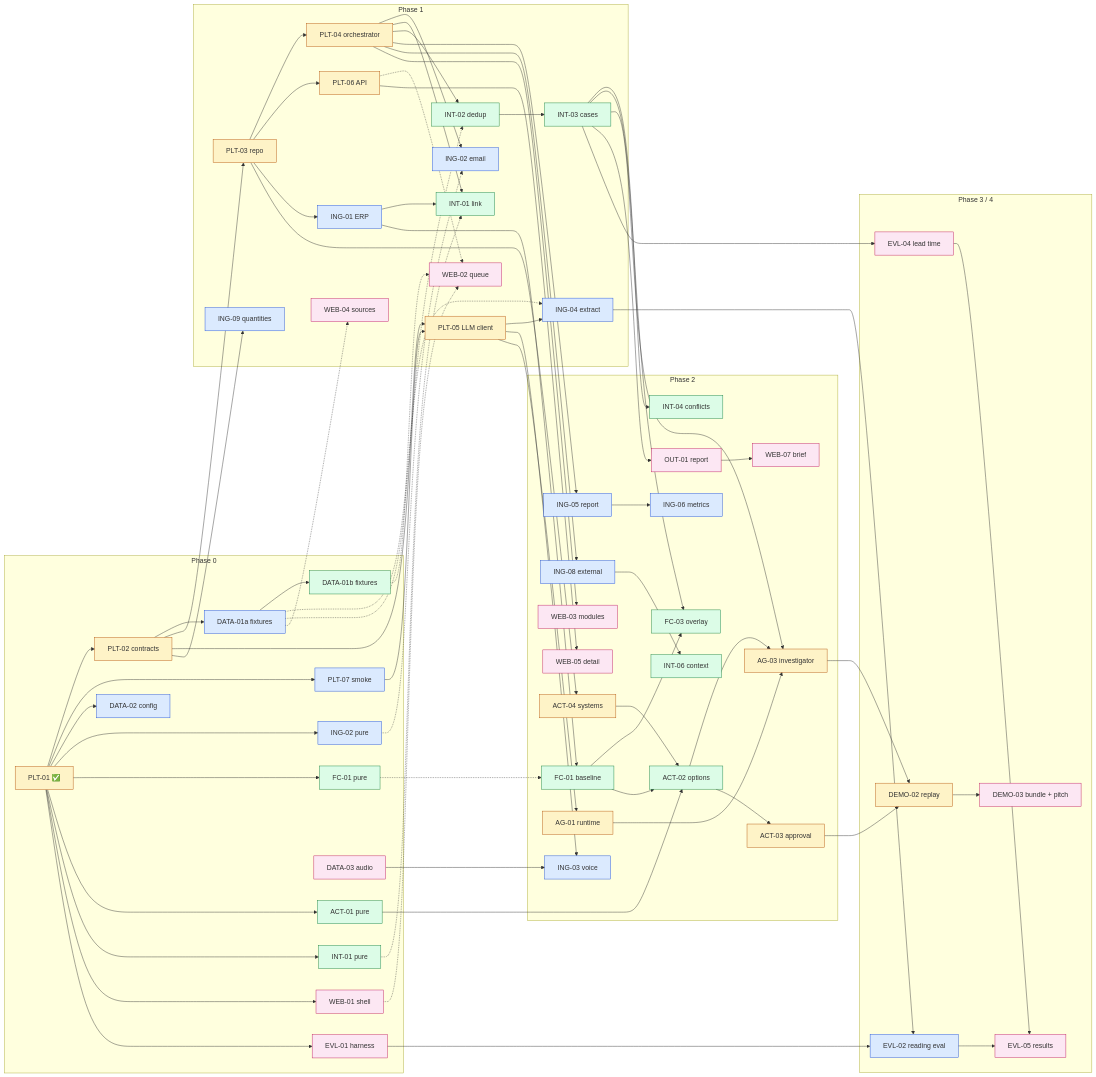
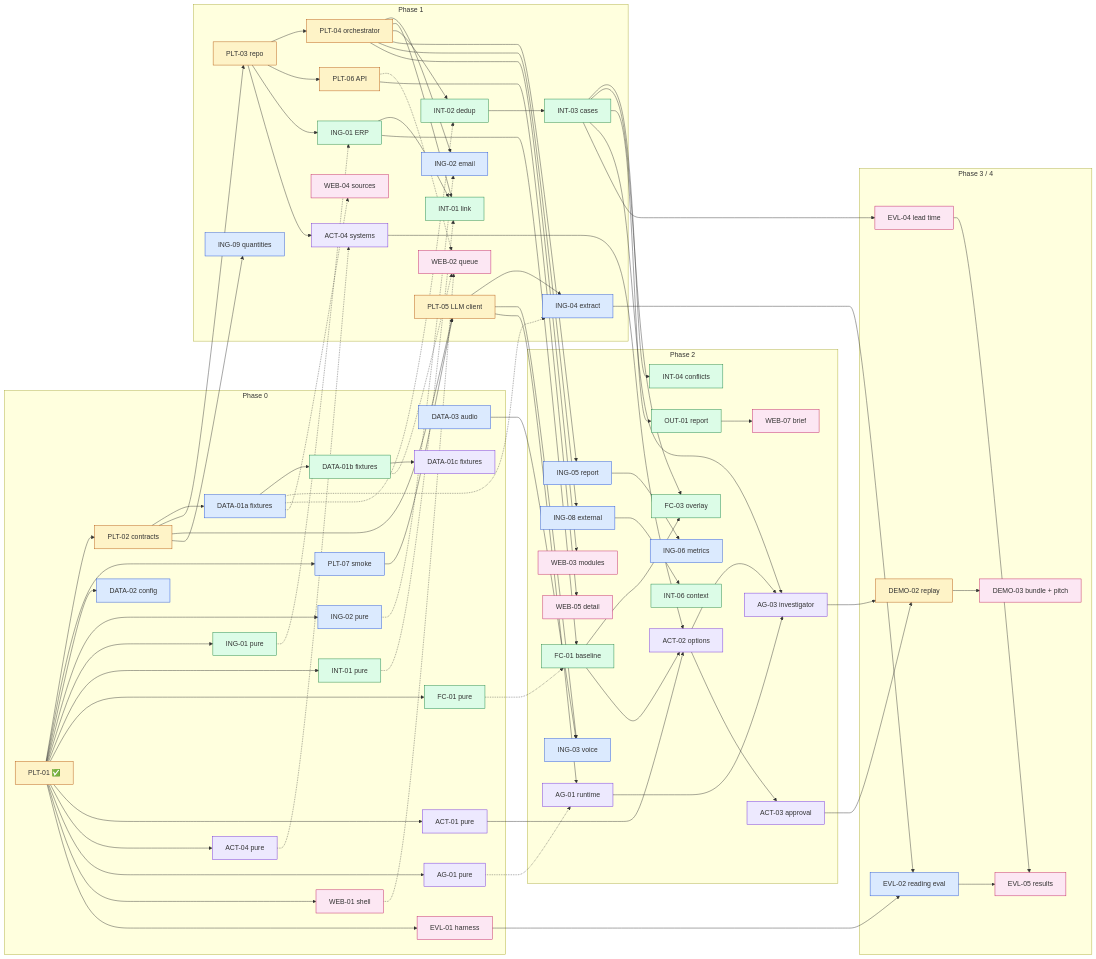
Before and after one commit to viganogabriele/fastweb-ai-hack: the diagram in docs/PLAN.md, drawn with Mermaid. The commit also changed other lines of this file and 2 other files, not shown here.

```diff
--- a/docs/PLAN.md
+++ b/docs/PLAN.md
@@ -170,19 +191,23 @@
   classDef B fill:#dcfce7,stroke:#15803d
   classDef C fill:#fef3c7,stroke:#b45309
   classDef D fill:#fce7f3,stroke:#be185d
+  classDef E fill:#ede9fe,stroke:#6d28d9
 
   subgraph P0[Phase 0]
     PLT01[PLT-01 ✅]:::C --> PLT02[PLT-02 contracts]:::C
     PLT01 --> PLT07[PLT-07 smoke]:::A
     PLT01 --> DATA02[DATA-02 config]:::A
     PLT01 --> ING02p[ING-02 pure]:::A
+    DATA03[DATA-03 audio]:::A
+    PLT01 --> ING01p[ING-01 pure]:::B
+    PLT01 --> INT01p[INT-01 pure]:::B
     PLT01 --> FC01p[FC-01 pure]:::B
-    PLT01 --> ACT01p[ACT-01 pure]:::B
-    PLT01 --> INT01p[INT-01 pure]:::B
+    PLT01 --> ACT01p[ACT-01 pure]:::E
+    PLT01 --> ACT04p[ACT-04 pure]:::E
+    PLT01 --> AG01p[AG-01 pure]:::E
     PLT01 --> WEB01[WEB-01 shell]:::D
     PLT01 --> EVL01[EVL-01 harness]:::D
-    DATA03[DATA-03 audio]:::D
-    PLT02 --> DATA01a[DATA-01a fixtures]:::A --> DATA01b[DATA-01b fixtures]:::B
+    PLT02 --> DATA01a[DATA-01a fixtures]:::A --> DATA01b[DATA-01b fixtures]:::B --> DATA01c[DATA-01c fixtures]:::E
   end
 
   subgraph P1[Phase 1]
@@ -190,17 +215,20 @@
     PLT03 --> PLT06[PLT-06 API]:::C
     PLT07 --> PLT05[PLT-05 LLM client]:::C
     PLT02 --> PLT05
-    PLT03 --> ING01[ING-01 ERP]:::A
     PLT04 --> ING02[ING-02 email]:::A
     ING02p -.-> ING02
     PLT02 --> ING09[ING-09 quantities]:::A
     PLT05 --> ING04[ING-04 extract]:::A
     DATA01a -.-> ING04
+    PLT03 --> ING01[ING-01 ERP]:::B
+    ING01p -.-> ING01
     PLT04 --> INT01[INT-01 link]:::B
     ING01 --> INT01
     INT01p -.-> INT01
     PLT04 --> INT02[INT-02 dedup]:::B --> INT03[INT-03 cases]:::B
     DATA01a -.-> INT02
+    PLT03 --> ACT04[ACT-04 systems]:::E
+    ACT04p -.-> ACT04
     DATA01b -.-> WEB02[WEB-02 queue]:::D
     DATA01a -.-> WEB04[WEB-04 sources]:::D
     PLT06 -.-> WEB02
@@ -217,15 +245,15 @@
     FC01p -.-> FC01
     FC01 --> FC03[FC-03 overlay]:::B
     INT03 --> FC03
-    PLT03 --> ACT04[ACT-04 systems]:::C
-    ACT01p --> ACT02[ACT-02 options]:::B
+    INT03 --> OUT01[OUT-01 report]:::B --> WEB07[WEB-07 brief]:::D
+    ACT01p --> ACT02[ACT-02 options]:::E
     FC01 --> ACT02
     ACT04 --> ACT02
-    PLT05 --> AG01[AG-01 runtime]:::C --> AG03[AG-03 investigator]:::C
+    PLT05 --> AG01[AG-01 runtime]:::E --> AG03[AG-03 investigator]:::E
+    AG01p -.-> AG01
     ACT02 --> AG03
     INT03 --> AG03
-    ACT02 --> ACT03[ACT-03 approval]:::C
-    INT03 --> OUT01[OUT-01 report]:::D --> WEB07[WEB-07 brief]:::D
+    ACT02 --> ACT03[ACT-03 approval]:::E
     PLT06 --> WEB05[WEB-05 detail]:::D
     PLT04 --> WEB03[WEB-03 modules]:::D
   end
```
